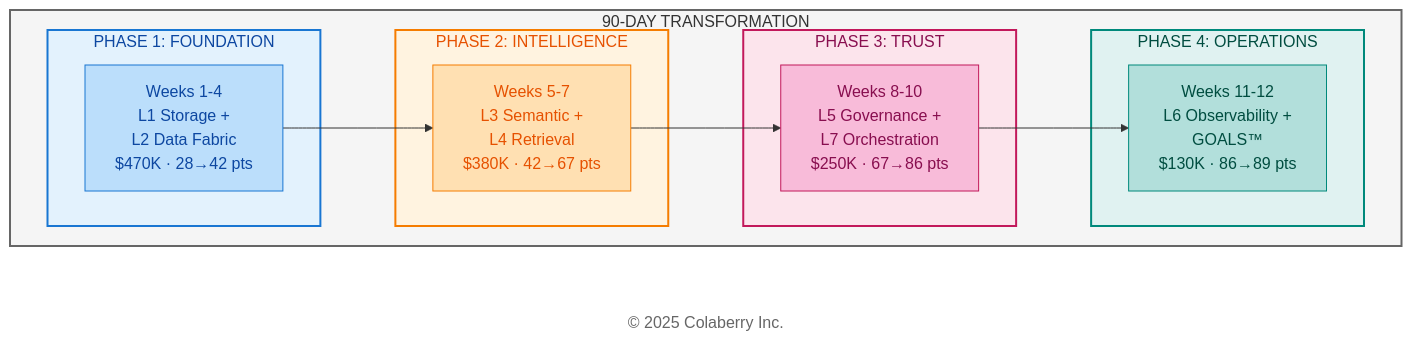
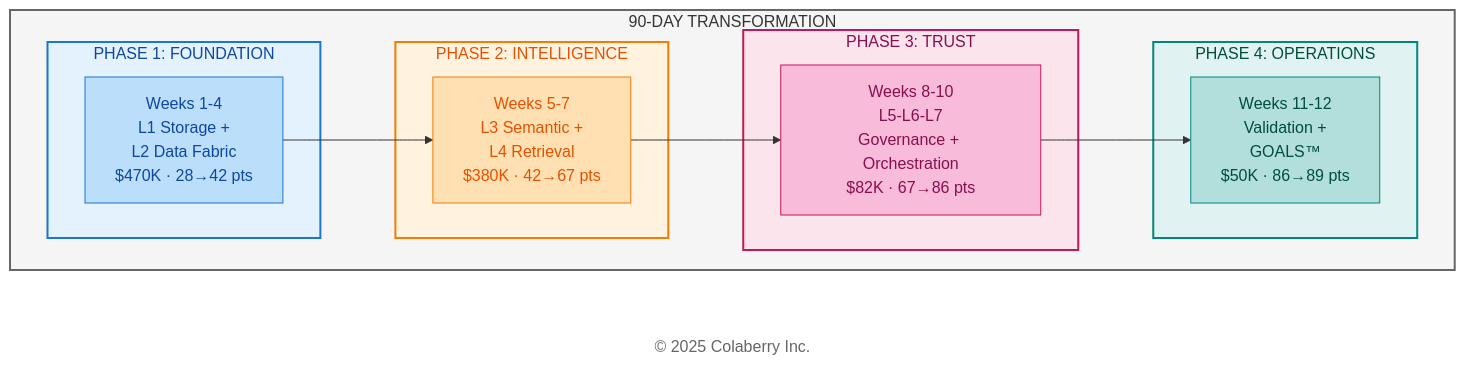
Before and after one commit to saitejesh-cyber/trust-before-intelligence-book: the second of 7 diagrams in manuscript/11_chapter_10_week_by_week_implementation.md, drawn with Mermaid. The commit also changed other lines of this file and 3 other files, not shown here.

````diff
--- a/manuscript/11_chapter_10_week_by_week_implementation.md
+++ b/manuscript/11_chapter_10_week_by_week_implementation.md
@@ -95,38 +95,38 @@
 ```mermaid
 
 graph LR
     subgraph JOURNEY["90-DAY TRANSFORMATION"]
         direction LR
         subgraph PHASE1["PHASE 1: FOUNDATION"]
             P1["Weeks 1-4<br/>L1 Storage +<br/> L2 Data Fabric<br/>$470K · 28→42 pts"]
         end
         
         subgraph PHASE2["PHASE 2: INTELLIGENCE"]
             P2["Weeks 5-7<br/>L3 Semantic +<br/> L4 Retrieval<br/>$380K · 42→67 pts"]
         end
         
         subgraph PHASE3["PHASE 3: TRUST"]
-            P3["Weeks 8-10<br/>L5 Governance +<br/> L7 Orchestration<br/>$250K · 67→86 pts"]
+            P3["Weeks 8-10<br/>L5-L6-L7<br/>Governance + Orchestration<br/>$82K · 67→86 pts"]
         end
         
         subgraph PHASE4["PHASE 4: OPERATIONS"]
-            P4["Weeks 11-12<br/>L6 Observability +<br/> GOALS™<br/>$130K · 86→89 pts"]
+            P4["Weeks 11-12<br/>Validation +<br/> GOALS™<br/>$50K · 86→89 pts"]
         end
     end
     
     Copyright["© 2025 Colaberry Inc."]
     
     P1 --> P2 --> P3 --> P4
     
     style JOURNEY fill:#f5f5f5,stroke:#666666,stroke-width:2px,color:#333333
     style PHASE1 fill:#e3f2fd,stroke:#1976d2,stroke-width:2px,color:#0d47a1
     style PHASE2 fill:#fff3e0,stroke:#f57c00,stroke-width:2px,color:#e65100
     style PHASE3 fill:#fce4ec,stroke:#c2185b,stroke-width:2px,color:#880e4f
     style PHASE4 fill:#e0f2f1,stroke:#00897b,stroke-width:2px,color:#004d40
     style P1 fill:#bbdefb,stroke:#1976d2,color:#0d47a1
     style P2 fill:#ffe0b2,stroke:#f57c00,color:#e65100
     style P3 fill:#f8bbd9,stroke:#c2185b,color:#880e4f
     style P4 fill:#b2dfdb,stroke:#00897b,color:#004d40
     style Copyright fill:#ffffff,stroke:none,color:#666666
 
 ```
````
